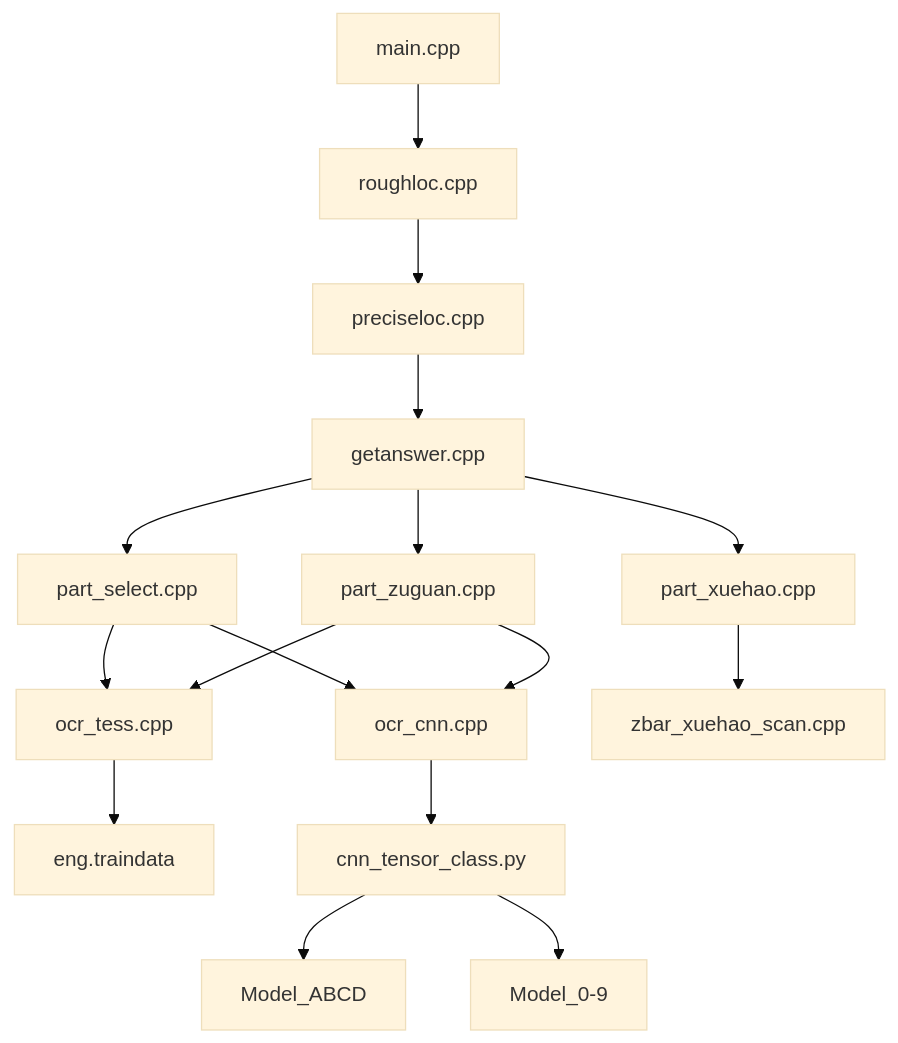
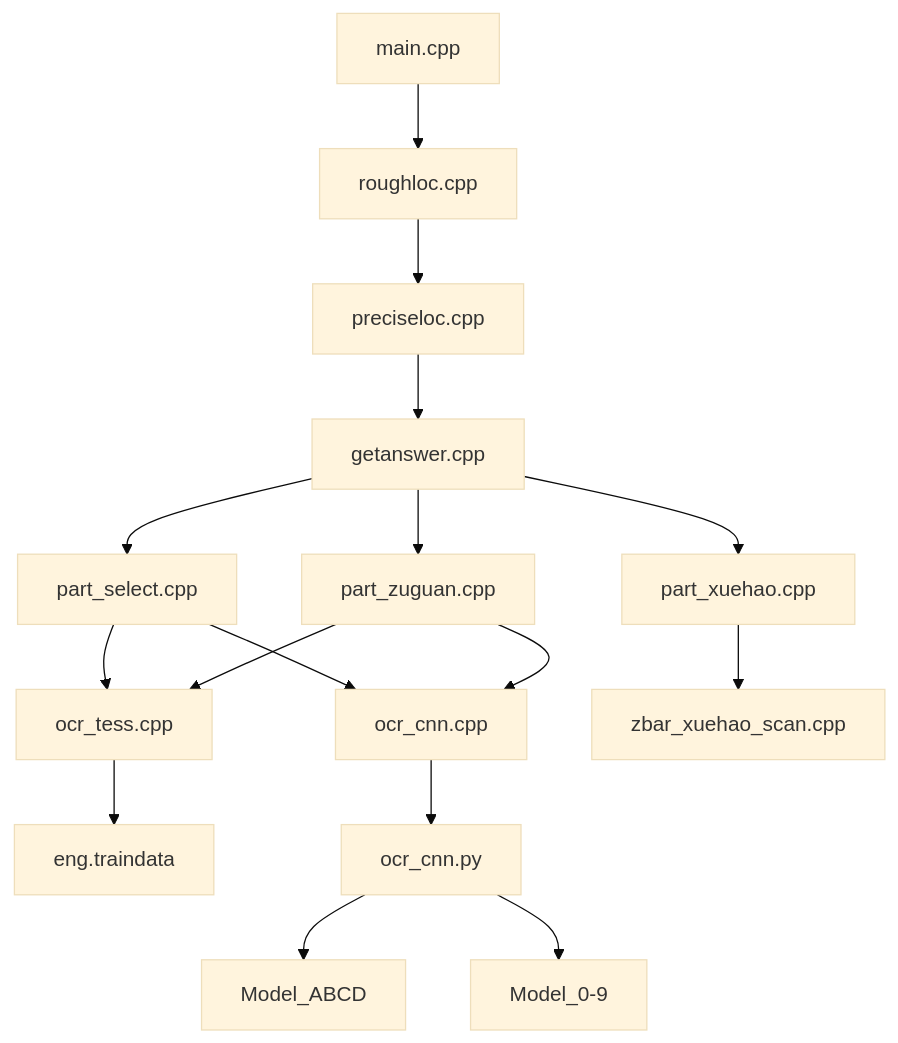
The diagram in paperocr/README.md (tuling56/Code), drawn with Mermaid (base theme) before and after one commit. The commit also changed 4 other files, not shown here.

````diff
--- a/paperocr/README.md
+++ b/paperocr/README.md
@@ -13,24 +13,23 @@
 ```mermaid
 graph TD
 A[main.cpp]-->B[roughloc.cpp]
 B-->C[preciseloc.cpp]
 C-->D[getanswer.cpp]
 
 D-->E[part_select.cpp]
 D-->F[part_xuehao.cpp]
 D-->G[part_zuguan.cpp]
 
 E-->H[ocr_cnn.cpp]
 G-->H
 
 E-->K[ocr_tess.cpp]
 G-->K
 K-->eng.traindata
 
-H-->T[cnn_tensor_class.py]
+H-->T[ocr_cnn.py]
 T-->Model_ABCD
 T-->Model_0-9
 
 F-->zbar_xuehao_scan.cpp
-
 ```
````
